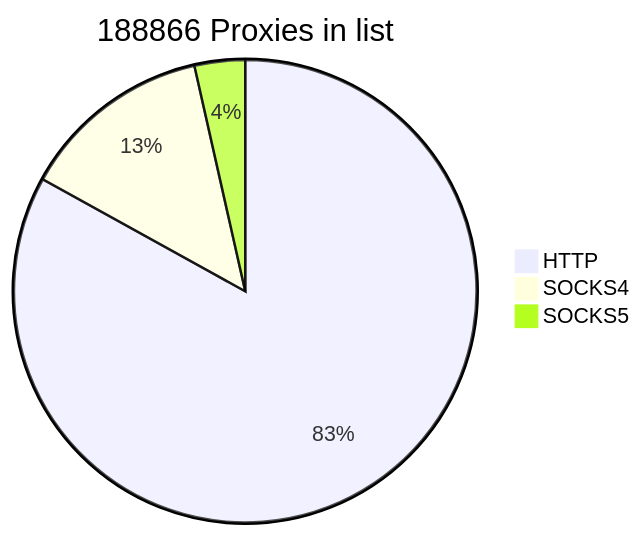
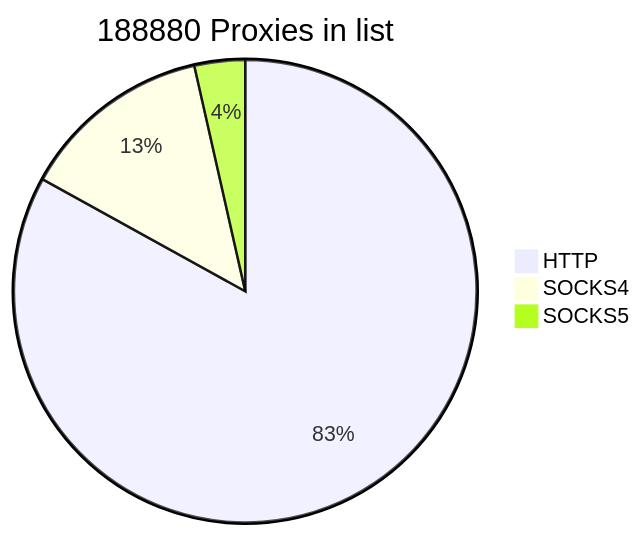
The first of 2 diagrams in README.md (cutipu/proxylist), drawn with Mermaid before and after one commit. The commit also changed other lines of this file, not shown here.

````diff
--- a/README.md
+++ b/README.md
@@ -2,7 +2,7 @@
 ```mermaid
-pie title 188866 Proxies in list
+pie title 188880 Proxies in list
     "HTTP" : 156831
     "SOCKS4" : 25369
-    "SOCKS5" : 6666
+    "SOCKS5" : 6680
             
 ```
````
